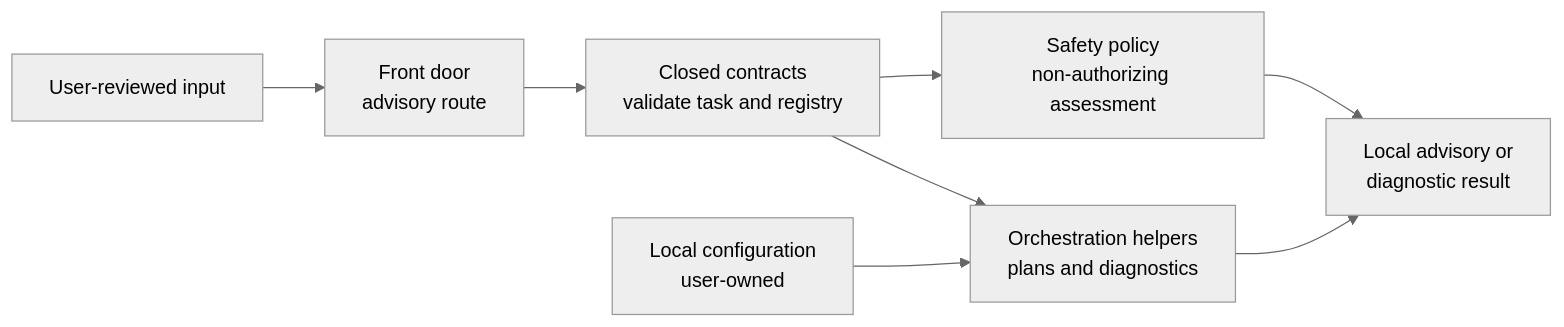
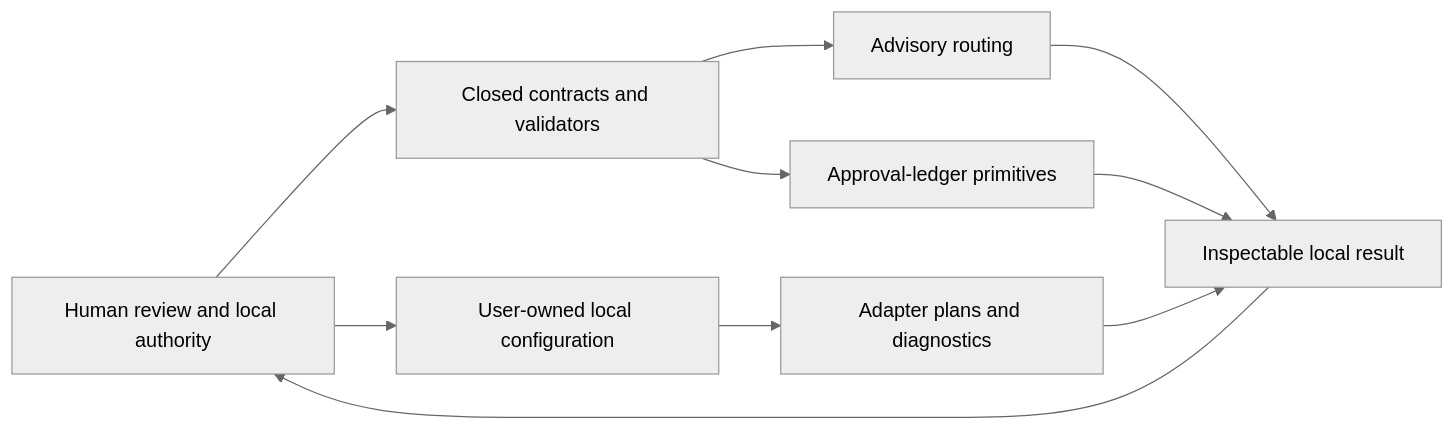
Before and after one commit to UMEBOSHIISAN/mothership: the first of 2 diagrams in README.md, drawn with Mermaid (neutral theme). The commit also changed other lines of this file and 2 other files, not shown here.

````diff
--- a/README.md
+++ b/README.md
@@ -26,10 +115,20 @@
 ```mermaid
 flowchart LR
-    user[User-reviewed input] --> frontdoor[Front door\nadvisory route]
-    frontdoor --> contracts[Closed contracts\nvalidate task and registry]
-    contracts --> orchestration[Orchestration helpers\nplans and diagnostics]
-    contracts --> safety[Safety policy\nnon-authorizing assessment]
-    local_config[Local configuration\nuser-owned] --> orchestration
-    orchestration --> result[Local advisory or\ndiagnostic result]
-    safety --> result
+    human[Human review and local authority]
+    config[User-owned local configuration]
+    contracts[Closed contracts and validators]
+    route[Advisory routing]
+    ledger[Approval-ledger primitives]
+    adapters[Adapter plans and diagnostics]
+    result[Inspectable local result]
+
+    human --> config
+    config --> adapters
+    human --> contracts
+    contracts --> route
+    contracts --> ledger
+    route --> result
+    ledger --> result
+    adapters --> result
+    result --> human
 ```
````
